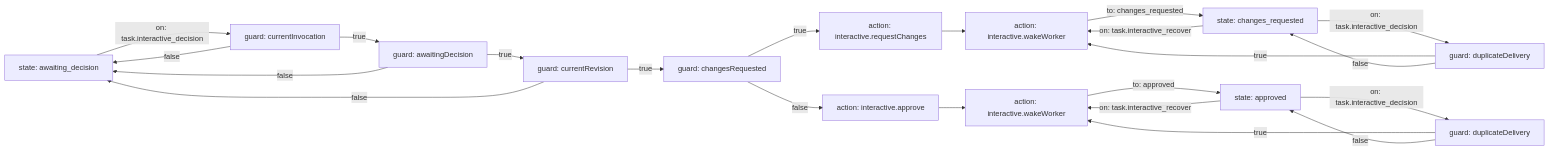
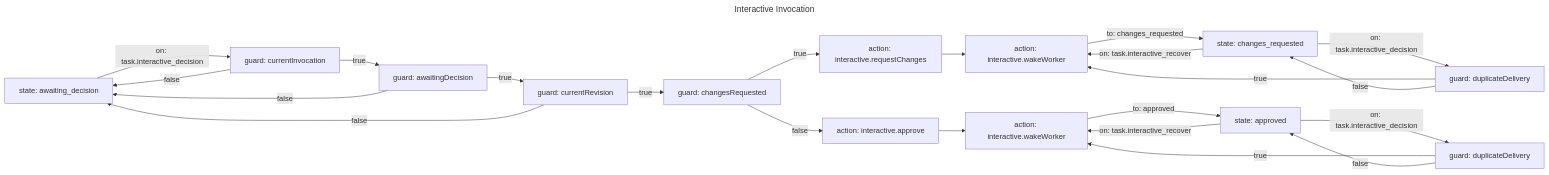
Before and after one commit to lalalic/agents-relay: the diagram in workflow/interactive-invocation.mmd, drawn with Mermaid. The commit also changed 19 other files, not shown here.

Commit message:
docs(workflow): describe each Mermaid graph with frontmatter

```diff
--- a/workflow/interactive-invocation.mmd
+++ b/workflow/interactive-invocation.mmd
@@ -1,37 +1,41 @@
+---
+title: Interactive Invocation
+description: Controls interactive agent invocation through guarded lifecycle transitions.
+---
 flowchart LR
 %% relay: initial awaiting_decision
 awaiting_decision["state: awaiting_decision"]
 changes["state: changes_requested"]
 approved["state: approved"]
 context["guard: currentInvocation"]
 awaiting["guard: awaitingDecision"]
 revision["guard: currentRevision"]
 duplicateChanges["guard: duplicateDelivery"]
 duplicateApproved["guard: duplicateDelivery"]
 decisionKind["guard: changesRequested"]
 requestChanges["action: interactive.requestChanges"]
 approve["action: interactive.approve"]
 wake["action: interactive.wakeWorker"]
 wakeChanges["action: interactive.wakeWorker"]
 
 awaiting_decision -->|on: task.interactive_decision| context
 changes -->|on: task.interactive_decision| duplicateChanges
 approved -->|on: task.interactive_decision| duplicateApproved
 context -->|true| awaiting
 context -->|false| awaiting_decision
 awaiting -->|true| revision
 awaiting -->|false| awaiting_decision
 revision -->|true| decisionKind
 revision -->|false| awaiting_decision
 decisionKind -->|true| requestChanges
 decisionKind -->|false| approve
 requestChanges --> wakeChanges
 wakeChanges -->|to: changes_requested| changes
 approve --> wake
 wake -->|to: approved| approved
 duplicateChanges -->|true| wakeChanges
 duplicateChanges -->|false| changes
 duplicateApproved -->|true| wake
 duplicateApproved -->|false| approved
 changes -->|on: task.interactive_recover| wakeChanges
 approved -->|on: task.interactive_recover| wake
```
